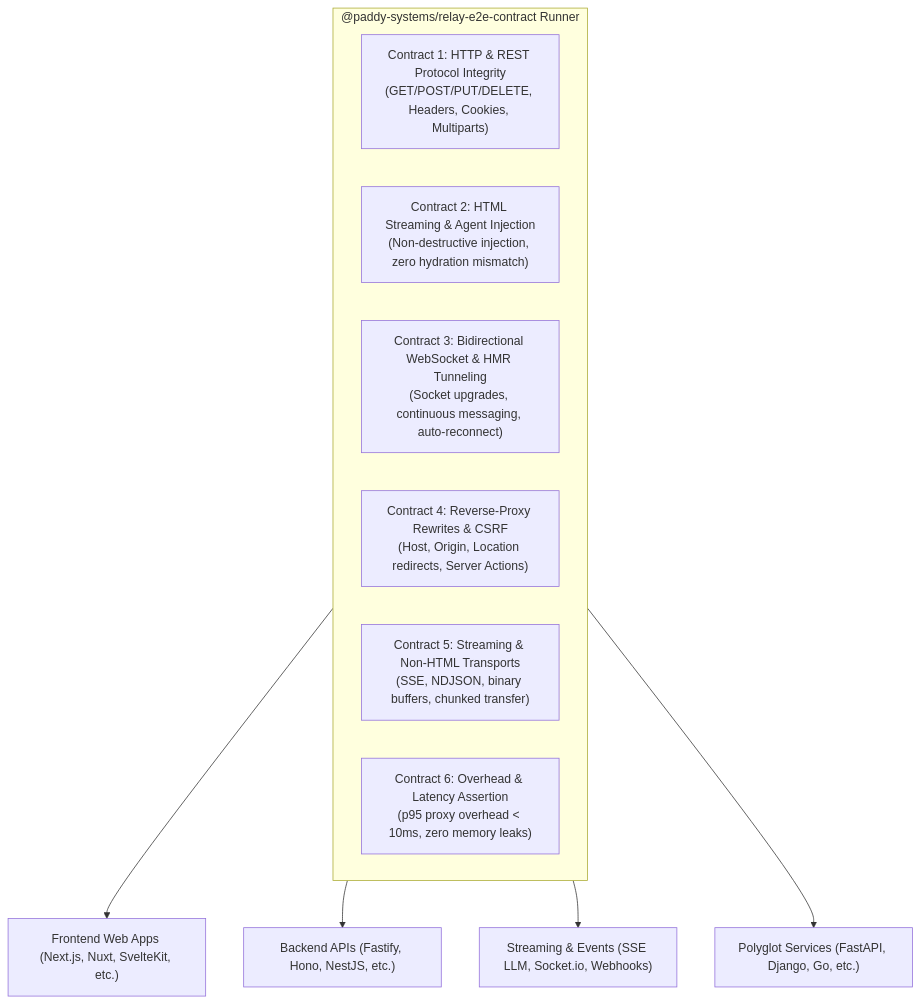
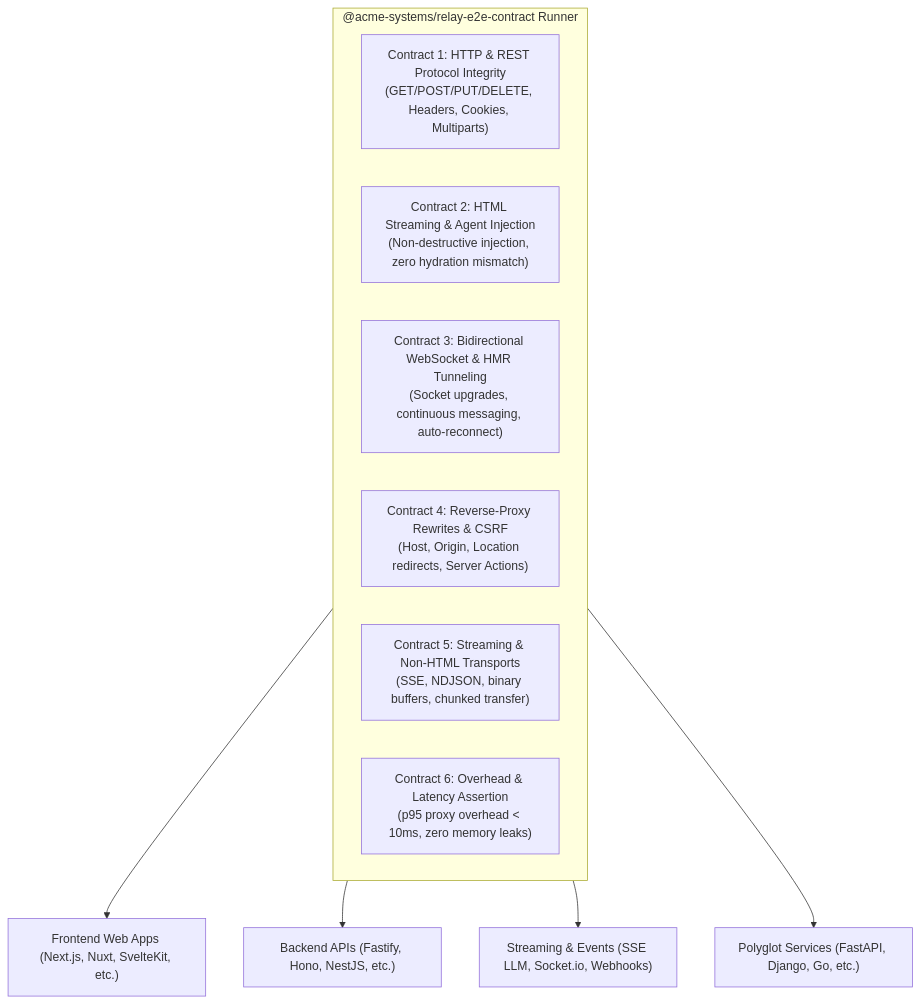
The diagram in apps/relay/PLAN_FRAMEWORK_EXAMPLES_E2E.md (ptekspy/relay), drawn with Mermaid before and after one commit. The commit also changed other lines of this file and 425 other files, not shown here.

````diff
--- a/apps/relay/PLAN_FRAMEWORK_EXAMPLES_E2E.md
+++ b/apps/relay/PLAN_FRAMEWORK_EXAMPLES_E2E.md
@@ -28,16 +28,16 @@
 ```mermaid
 flowchart TD
-    subgraph E2EHarness ["@paddy-systems/relay-e2e-contract Runner"]
+    subgraph E2EHarness ["@acme-systems/relay-e2e-contract Runner"]
         C1["Contract 1: HTTP & REST Protocol Integrity<br/>(GET/POST/PUT/DELETE, Headers, Cookies, Multiparts)"]
         C2["Contract 2: HTML Streaming & Agent Injection<br/>(Non-destructive injection, zero hydration mismatch)"]
         C3["Contract 3: Bidirectional WebSocket & HMR Tunneling<br/>(Socket upgrades, continuous messaging, auto-reconnect)"]
         C4["Contract 4: Reverse-Proxy Rewrites & CSRF<br/>(Host, Origin, Location redirects, Server Actions)"]
         C5["Contract 5: Streaming & Non-HTML Transports<br/>(SSE, NDJSON, binary buffers, chunked transfer)"]
         C6["Contract 6: Overhead & Latency Assertion<br/>(p95 proxy overhead < 10ms, zero memory leaks)"]
     end
 
     E2EHarness --> EX_FE["Frontend Web Apps (Next.js, Nuxt, SvelteKit, etc.)"]
     E2EHarness --> EX_BE["Backend APIs (Fastify, Hono, NestJS, etc.)"]
     E2EHarness --> EX_STREAM["Streaming & Events (SSE LLM, Socket.io, Webhooks)"]
     E2EHarness --> EX_POLYGLOT["Polyglot Services (FastAPI, Django, Go, etc.)"]
 ```
````
